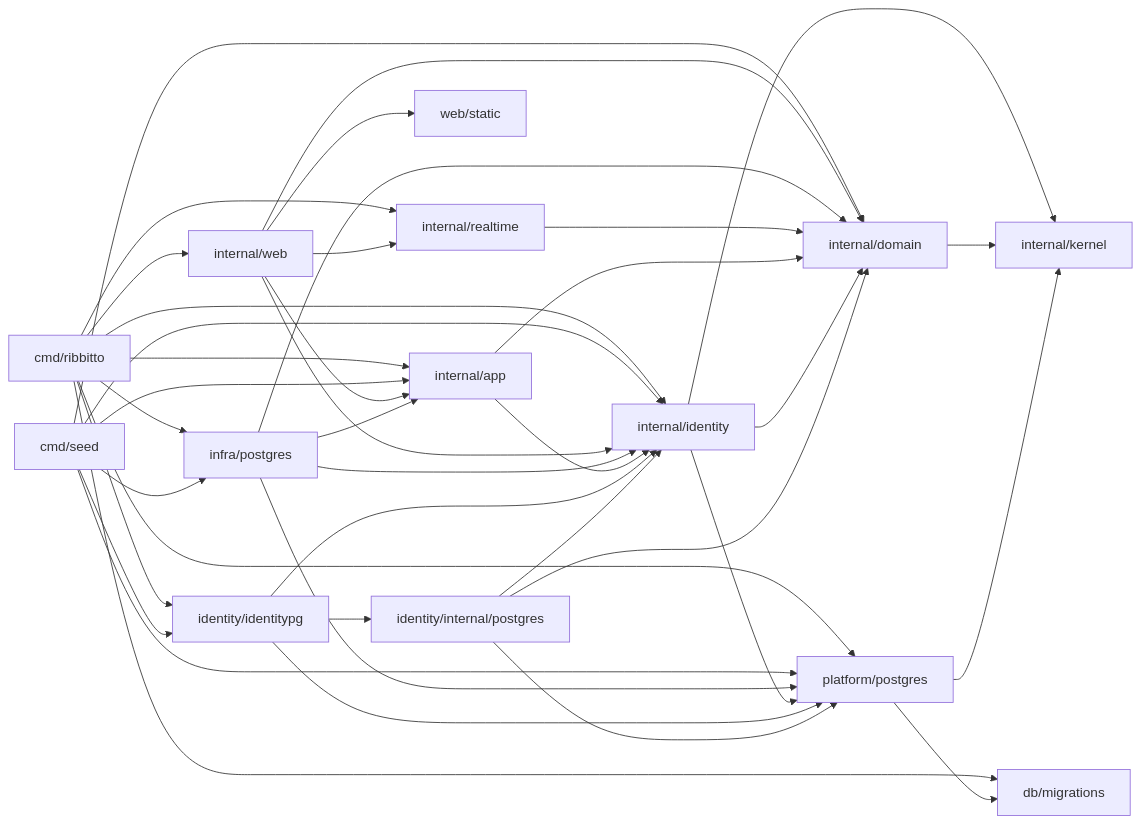
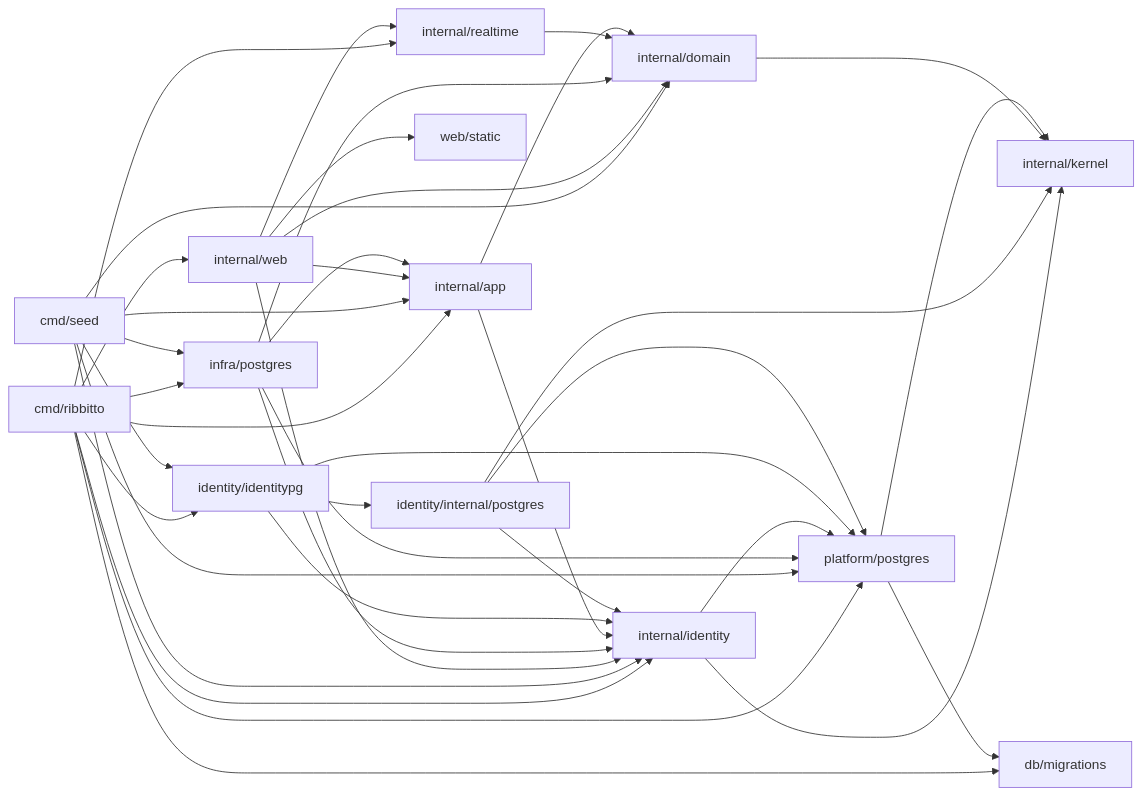
One commit to tkakkie/ribbitto changed the diagram in docs/architecture/packages.md. Above: the diagram before and after it, drawn with Mermaid. The commit also changed other lines of this file and 14 other files, not shown here.

First line of the commit message:
refactor(identity): use kernel.ID and stop importing domain

````diff
--- a/docs/architecture/packages.md
+++ b/docs/architecture/packages.md
@@ -62,14 +62,14 @@
 ```mermaid
 flowchart LR
   cmd[cmd/ribbitto] --> web & app & identity & identitypg[identity/identitypg] & postgres[infra/postgres] & realtime & platform[platform/postgres] & migrations[db/migrations]
   seed[cmd/seed] --> app & identity & identitypg & postgres & platform & domain
   web[internal/web] --> app & identity & domain & realtime & static[web/static]
   postgres --> app & identity & domain & platform
   realtime[internal/realtime] --> domain
   app[internal/app] --> identity & domain[internal/domain]
-  identity[internal/identity] --> kernel & platform & domain
+  identity[internal/identity] --> kernel & platform
   identitypg --> identity & store[identity/internal/postgres] & platform
-  store --> identity & platform & domain
+  store --> identity & platform & kernel
   domain --> kernel[internal/kernel]
   platform --> kernel & migrations
 ```
````
